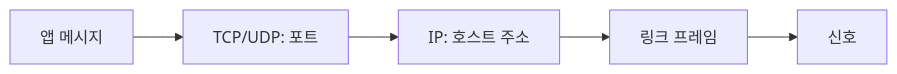
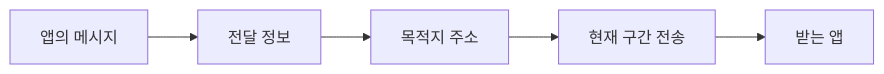
One commit to moocongpapa/it-study changed the diagram in content/topics/osi-encapsulation.md. Above: the diagram before and after it, drawn with Mermaid. The commit also changed other lines of this file and 71 other files, not shown here.

````diff
--- a/content/topics/osi-encapsulation.md
+++ b/content/topics/osi-encapsulation.md
@@ -6,4 +20,4 @@
 ```mermaid
 flowchart LR
-  A["앱 메시지"] --> B["TCP/UDP: 포트"] --> C["IP: 호스트 주소"] --> D["링크 프레임"] --> E["신호"]
+ A["앱의 메시지"] --> B["전달 정보"] --> C["목적지 주소"] --> D["현재 구간 전송"] --> E["받는 앱"]
 ```
````
